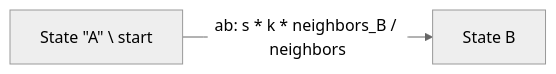
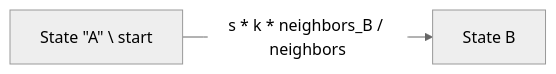
Before and after one commit to MUNQU/commol: the diagram in py-commol/tests/description/snapshots/render_weighted_groups_default.md, drawn with Mermaid (neutral theme). The commit also changed 22 other files, not shown here.

Commit message:
feat(description): the state graphs show the moves between categories and the parameters of each edge (#411)

````diff
--- a/py-commol/tests/description/snapshots/render_weighted_groups_default.md
+++ b/py-commol/tests/description/snapshots/render_weighted_groups_default.md
@@ -51,6 +51,6 @@
 ```mermaid
 flowchart LR
     n0["State #quot;A#quot; \ start"]
     n1["State B"]
-    n0 -->|"ab: s * k * neighbors_B / neighbors"| n1
+    n0 -->|"s * k * neighbors_B / neighbors"| n1
 ```
````
